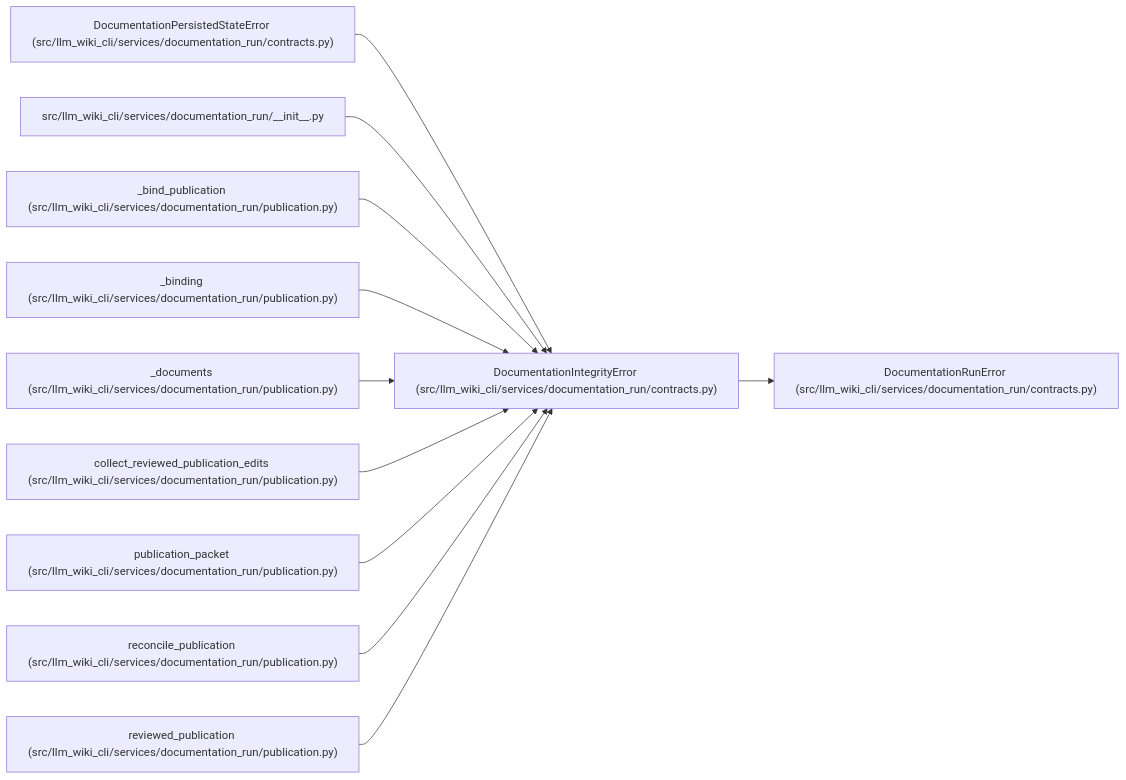
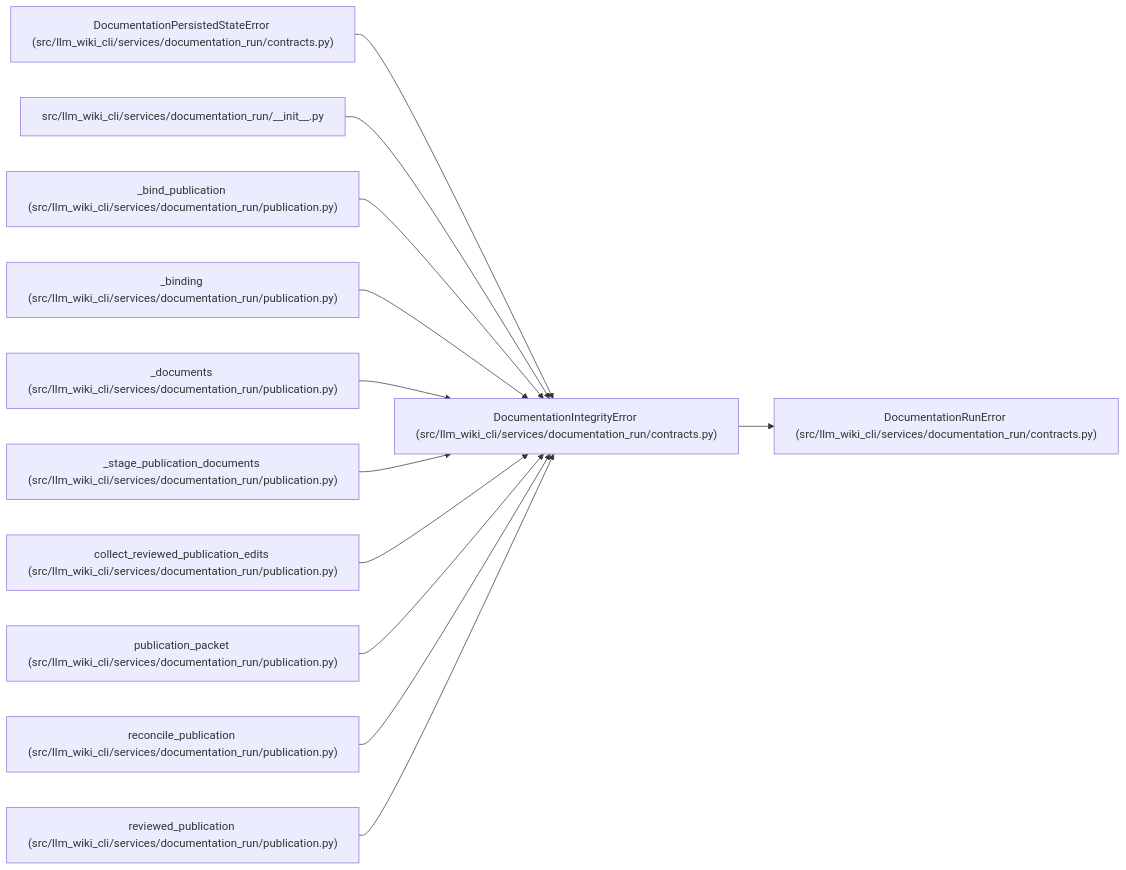
One commit to Denissvgn/python-wiki-llm changed the diagram in docs/llm_wiki/entities/DocumentationIntegrityError.md. Above: the diagram before and after it, drawn with Mermaid. The commit also changed other lines of this file and 219 other files, not shown here.

````diff
--- a/docs/llm_wiki/entities/DocumentationIntegrityError.md
+++ b/docs/llm_wiki/entities/DocumentationIntegrityError.md
@@ -23,35 +23,38 @@
 ```mermaid
 flowchart LR
     n0["DocumentationIntegrityError (src/llm_wiki_cli/services/documentation_run/contracts.py)"]
     n1["DocumentationRunError (src/llm_wiki_cli/services/documentation_run/contracts.py)"]
     n2["DocumentationPersistedStateError (src/llm_wiki_cli/services/documentation_run/contracts.py)"]
     n3["src/llm_wiki_cli/services/documentation_run/__init__.py"]
     n4["_bind_publication (src/llm_wiki_cli/services/documentation_run/publication.py)"]
     n5["_binding (src/llm_wiki_cli/services/documentation_run/publication.py)"]
     n6["_documents (src/llm_wiki_cli/services/documentation_run/publication.py)"]
-    n7["collect_reviewed_publication_edits (src/llm_wiki_cli/services/documentation_run/publication.py)"]
-    n8["publication_packet (src/llm_wiki_cli/services/documentation_run/publication.py)"]
-    n9["reconcile_publication (src/llm_wiki_cli/services/documentation_run/publication.py)"]
-    n10["reviewed_publication (src/llm_wiki_cli/services/documentation_run/publication.py)"]
+    n7["_stage_publication_documents (src/llm_wiki_cli/services/documentation_run/publication.py)"]
+    n8["collect_reviewed_publication_edits (src/llm_wiki_cli/services/documentation_run/publication.py)"]
+    n9["publication_packet (src/llm_wiki_cli/services/documentation_run/publication.py)"]
+    n10["reconcile_publication (src/llm_wiki_cli/services/documentation_run/publication.py)"]
+    n11["reviewed_publication (src/llm_wiki_cli/services/documentation_run/publication.py)"]
     n0 --> n1
     n2 --> n0
     n3 --> n0
     n4 --> n0
     n5 --> n0
     n6 --> n0
     n7 --> n0
     n8 --> n0
     n9 --> n0
     n10 --> n0
+    n11 --> n0
     click n0 "../modules/documentation_run_contracts.md"
     click n1 "../modules/documentation_run_contracts.md"
     click n2 "../modules/documentation_run_contracts.md"
     click n3 "../modules/documentation_run___init__.md"
     click n4 "../modules/publication.md"
     click n5 "../modules/publication.md"
     click n6 "../modules/publication.md"
     click n7 "../modules/publication.md"
     click n8 "../modules/publication.md"
     click n9 "../modules/publication.md"
     click n10 "../modules/publication.md"
+    click n11 "../modules/publication.md"
 ```
````
